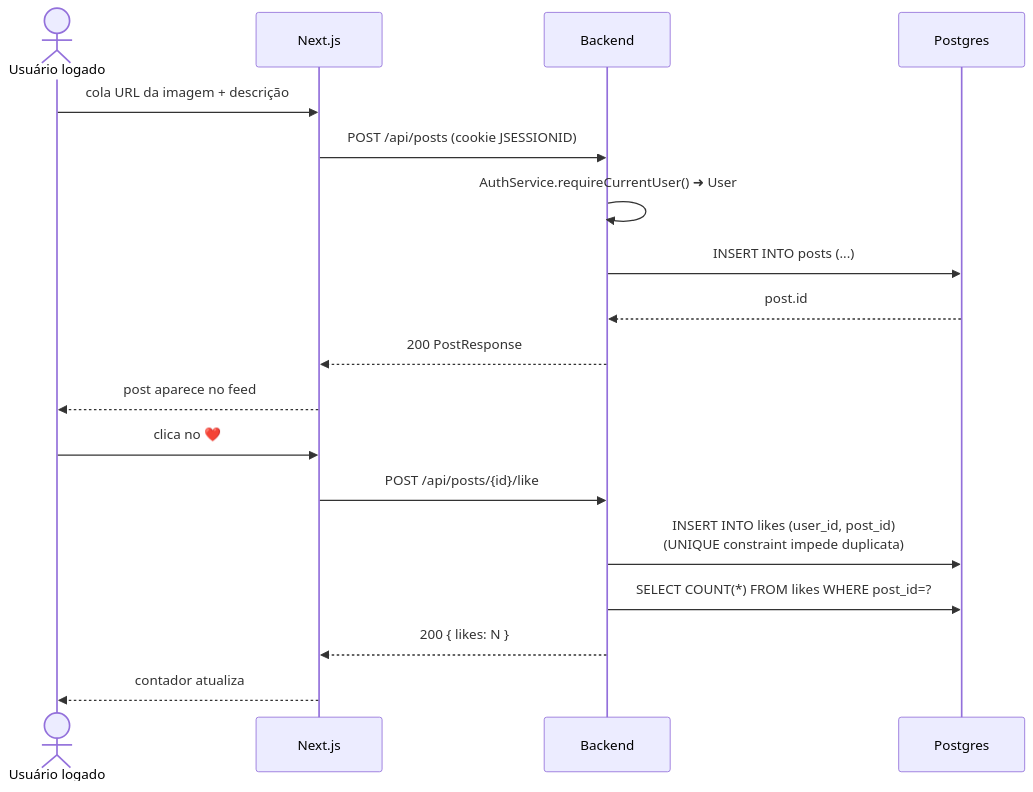
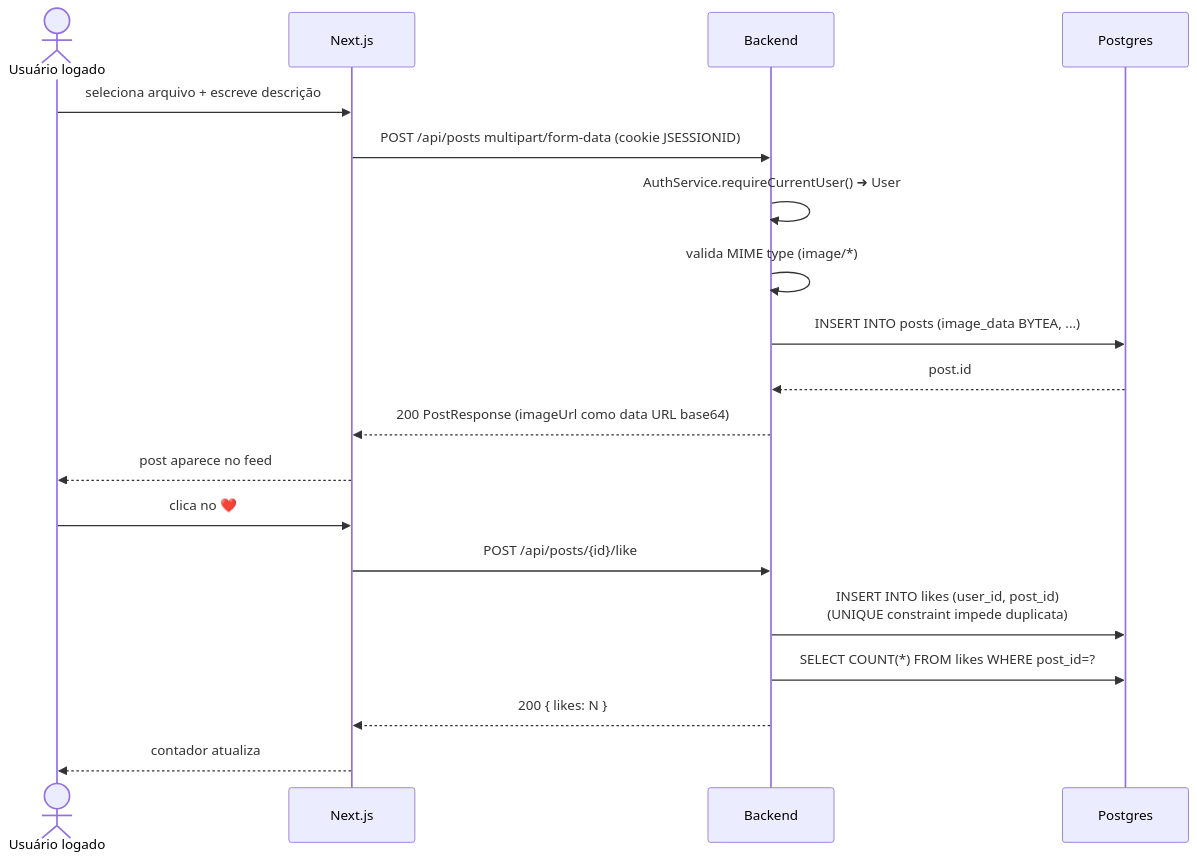
The seventh of 8 diagrams in docs/ARCHITECTURE.md (4snt/SOCIAL-APP), drawn with Mermaid before and after one commit. The commit also changed other lines of this file and 1 other file, not shown here.

````diff
--- a/docs/ARCHITECTURE.md
+++ b/docs/ARCHITECTURE.md
@@ -265,22 +267,23 @@
 ```mermaid
 sequenceDiagram
     actor U as Usuário logado
     participant FE as Next.js
     participant BE as Backend
     participant DB as Postgres
 
-    U->>FE: cola URL da imagem + descrição
-    FE->>BE: POST /api/posts (cookie JSESSIONID)
+    U->>FE: seleciona arquivo + escreve descrição
+    FE->>BE: POST /api/posts multipart/form-data (cookie JSESSIONID)
     BE->>BE: AuthService.requireCurrentUser() ➜ User
-    BE->>DB: INSERT INTO posts (...)
+    BE->>BE: valida MIME type (image/*)
+    BE->>DB: INSERT INTO posts (image_data BYTEA, ...)
     DB-->>BE: post.id
-    BE-->>FE: 200 PostResponse
+    BE-->>FE: 200 PostResponse (imageUrl como data URL base64)
     FE-->>U: post aparece no feed
 
     U->>FE: clica no ❤️
     FE->>BE: POST /api/posts/{id}/like
     BE->>DB: INSERT INTO likes (user_id, post_id)<br/>(UNIQUE constraint impede duplicata)
     BE->>DB: SELECT COUNT(*) FROM likes WHERE post_id=?
     BE-->>FE: 200 { likes: N }
     FE-->>U: contador atualiza
 ```
````
